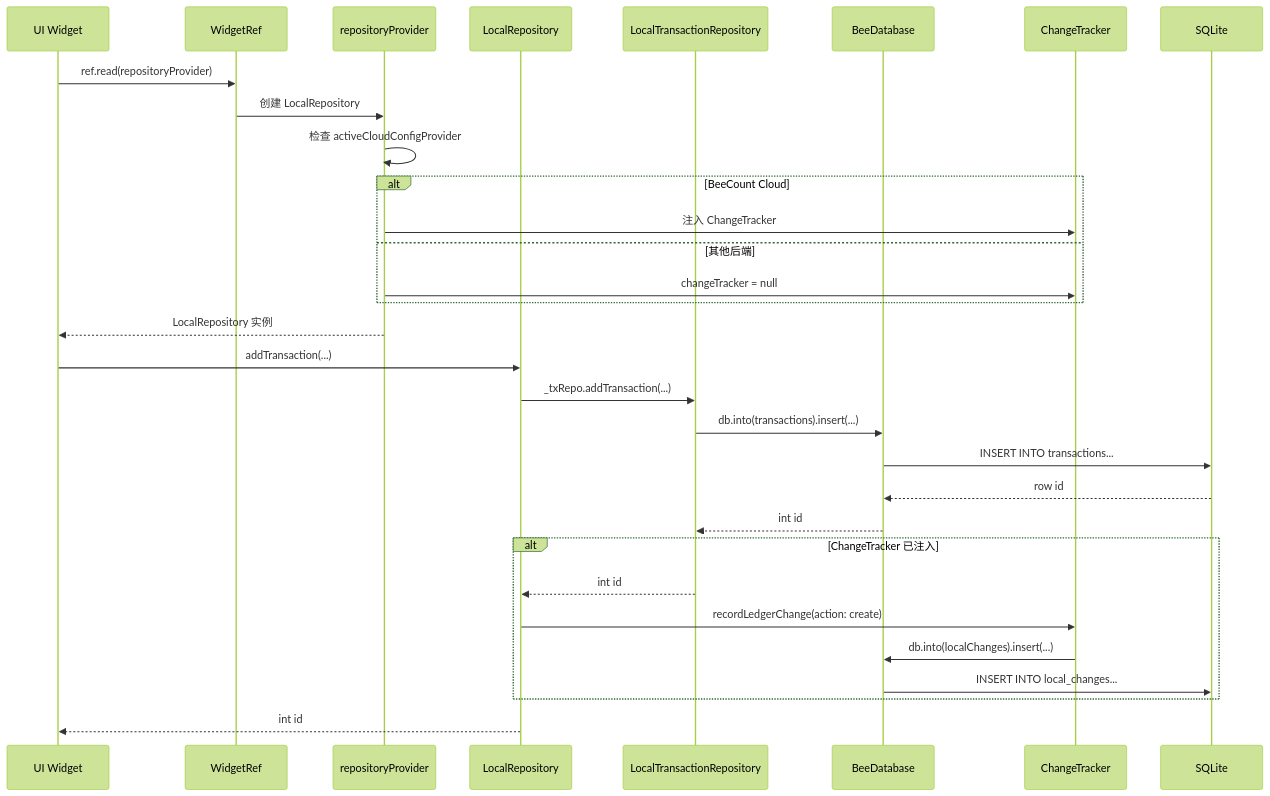
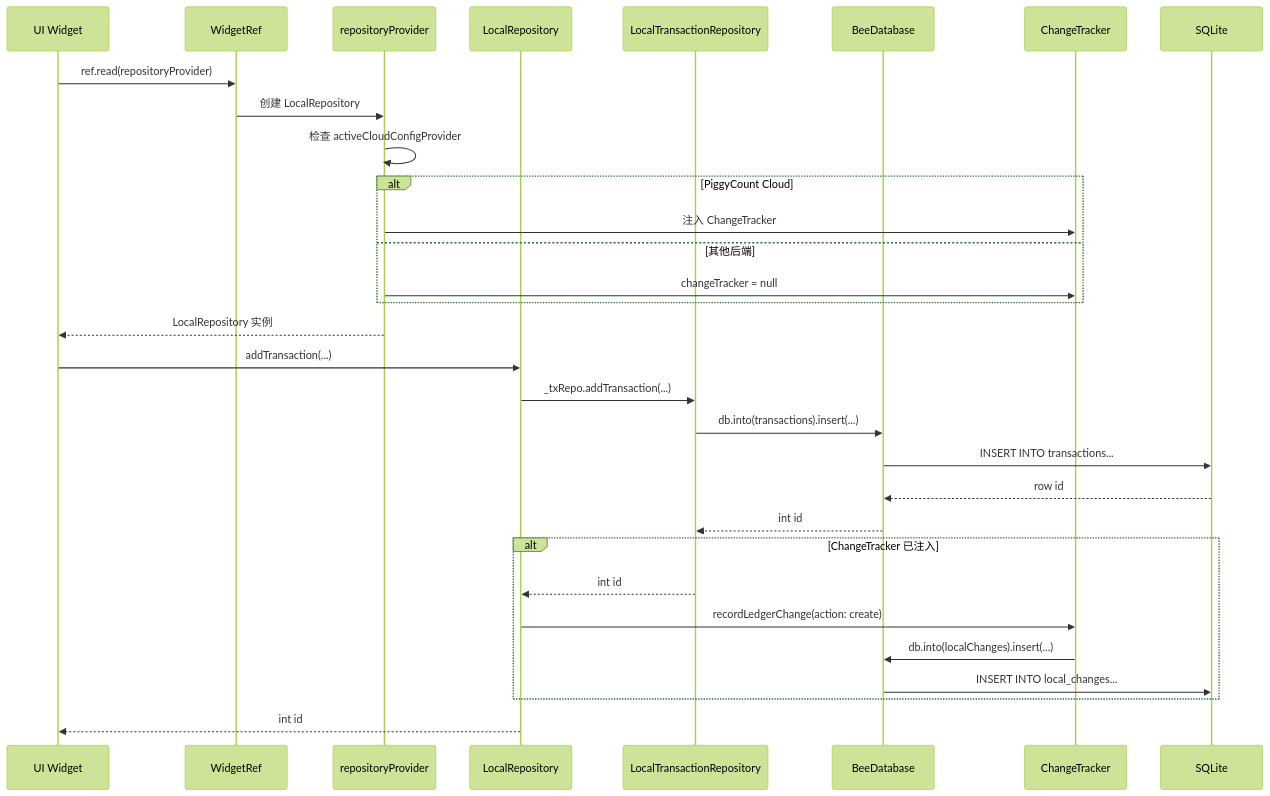
Before and after one commit to mecoren/PiggyCount: the third of 5 diagrams in docoments/08-api-and-data-access.md, drawn with Mermaid (forest theme). The commit also changed other lines of this file and 91 other files, not shown here.

````diff
--- a/docoments/08-api-and-data-access.md
+++ b/docoments/08-api-and-data-access.md
@@ -517,37 +517,37 @@
 ```mermaid
 sequenceDiagram
     participant UI as UI Widget
     participant Ref as WidgetRef
     participant Provider as repositoryProvider
     participant Repo as LocalRepository
     participant SubRepo as LocalTransactionRepository
     participant DB as BeeDatabase
     participant Tracker as ChangeTracker
     participant SQLite as SQLite
 
     UI->>Ref: ref.read(repositoryProvider)
     Ref->>Provider: 创建 LocalRepository
     Provider->>Provider: 检查 activeCloudConfigProvider
-    alt BeeCount Cloud
+    alt PiggyCount Cloud
         Provider->>Tracker: 注入 ChangeTracker
     else 其他后端
         Provider->>Tracker: changeTracker = null
     end
     Provider-->>UI: LocalRepository 实例
 
     UI->>Repo: addTransaction(...)
     Repo->>SubRepo: _txRepo.addTransaction(...)
     SubRepo->>DB: db.into(transactions).insert(...)
     DB->>SQLite: INSERT INTO transactions...
     SQLite-->>DB: row id
     DB-->>SubRepo: int id
 
     alt ChangeTracker 已注入
         SubRepo-->>Repo: int id
         Repo->>Tracker: recordLedgerChange(action: create)
         Tracker->>DB: db.into(localChanges).insert(...)
         DB->>SQLite: INSERT INTO local_changes...
     end
 
     Repo-->>UI: int id
 ```
````
